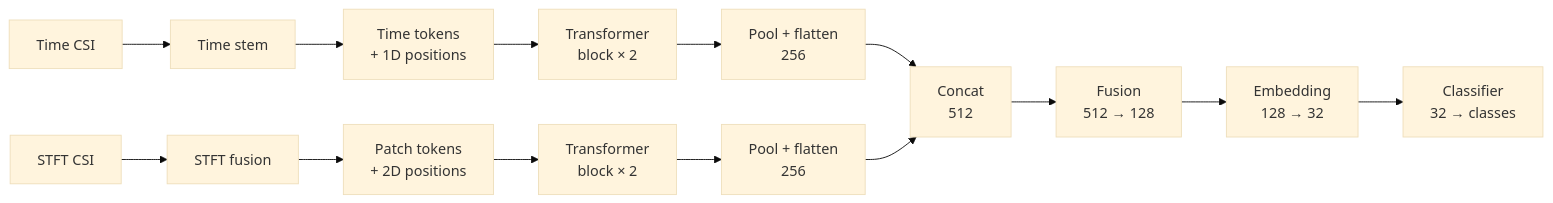
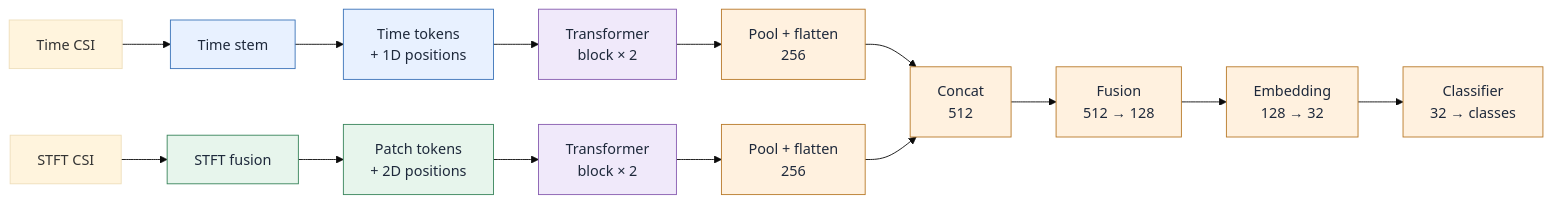
Before and after one commit to kwang0913/WiFiSensing_DomainShift: the first of 6 diagrams in README.md, drawn with Mermaid (base theme). The commit also changed other lines of this file, not shown here.

````diff
--- a/README.md
+++ b/README.md
@@ -26,16 +26,25 @@
 ```mermaid
 flowchart LR
     T["Time CSI"] --> TS["Time stem"]
     TS --> TT["Time tokens<br/>+ 1D positions"]
     TT --> TA["Transformer<br/>block × 2"]
     TA --> TP["Pool + flatten<br/>256"]
     S["STFT CSI"] --> SS["STFT fusion"]
     SS --> ST["Patch tokens<br/>+ 2D positions"]
     ST --> SA["Transformer<br/>block × 2"]
     SA --> SP["Pool + flatten<br/>256"]
     TP --> C["Concat<br/>512"]
     SP --> C
     C --> F["Fusion<br/>512 → 128"]
     F --> Z["Embedding<br/>128 → 32"]
     Z --> H["Classifier<br/>32 → classes"]
+
+    classDef time fill:#e8f1ff,stroke:#3b73b9,color:#1e293b
+    classDef stft fill:#e7f5ec,stroke:#38845b,color:#1e293b
+    classDef attention fill:#f0e9fa,stroke:#865bb0,color:#1e293b
+    classDef head fill:#fff1df,stroke:#b87928,color:#1e293b
+    class TS,TT time
+    class SS,ST stft
+    class TA,SA attention
+    class TP,SP,C,F,Z,H head
 ```
````
